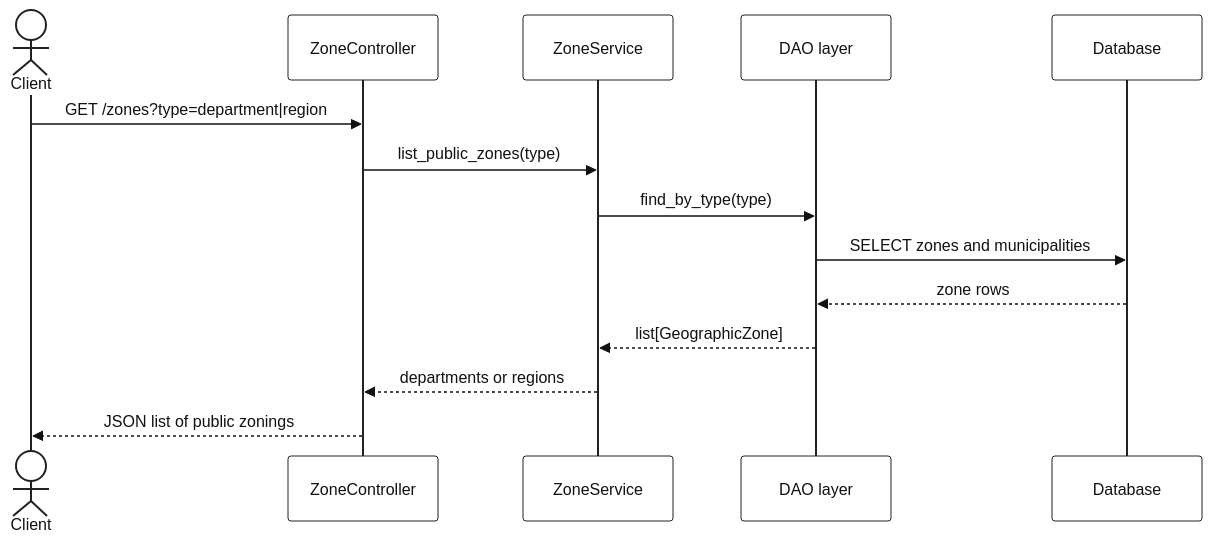
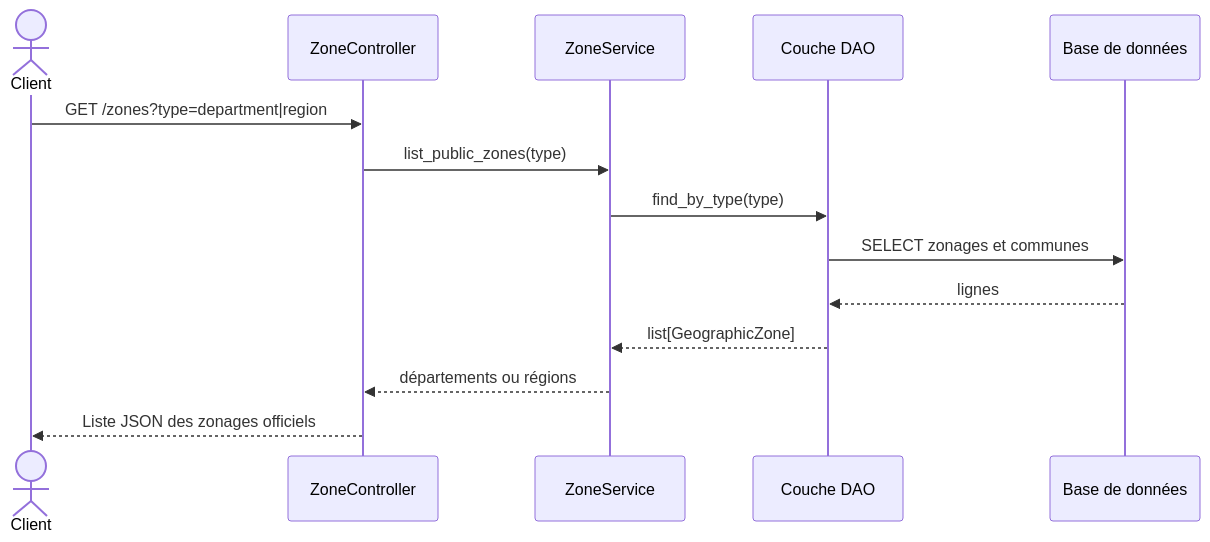
The third of 8 diagrams in doc/sequence_diagram.md (gabriel-dahan/ensai-it-project-2a-team12), drawn with Mermaid before and after one commit. The commit also changed other lines of this file and 29 other files, not shown here.

Commit message:
New diagrams & reporr

````diff
--- a/doc/sequence_diagram.md
+++ b/doc/sequence_diagram.md
@@ -152,51 +94,17 @@
 ```mermaid
-%%{
-  init: {
-    "theme": "base",
-    "themeVariables": {
-      "background": "#ffffff",
-      "mainBkg": "#ffffff",
-      "textColor": "#111111",
-      "primaryColor": "#ffffff",
-      "primaryTextColor": "#111111",
-      "primaryBorderColor": "#222222",
-      "secondaryColor": "#f3f4f6",
-      "tertiaryColor": "#ffffff",
-      "lineColor": "#222222",
-      "actorBkg": "#ffffff",
-      "actorBorder": "#222222",
-      "actorTextColor": "#111111",
-      "actorLineColor": "#222222",
-      "signalColor": "#111111",
-      "signalTextColor": "#111111",
-      "labelBoxBkgColor": "#ffffff",
-      "labelBoxBorderColor": "#222222",
-      "labelTextColor": "#111111",
-      "loopTextColor": "#111111",
-      "noteBkgColor": "#fff3cd",
-      "noteTextColor": "#111111",
-      "noteBorderColor": "#222222",
-      "activationBkgColor": "#e5e7eb",
-      "activationBorderColor": "#222222",
-      "sequenceNumberColor": "#ffffff",
-      "fontFamily": "arial",
-      "fontSize": "16px"
-    }
-  }
-}%%
 sequenceDiagram
     actor Client
     participant Controller as ZoneController
     participant Service as ZoneService
-    participant DAO as DAO layer
-    participant DB as Database
+    participant DAO as Couche DAO
+    participant DB as Base de données
 
     Client->>Controller: GET /zones?type=department|region
     Controller->>Service: list_public_zones(type)
     Service->>DAO: find_by_type(type)
-    DAO->>DB: SELECT zones and municipalities
-    DB-->>DAO: zone rows
+    DAO->>DB: SELECT zonages et communes
+    DB-->>DAO: lignes
     DAO-->>Service: list[GeographicZone]
-    Service-->>Controller: departments or regions
-    Controller-->>Client: JSON list of public zonings
+    Service-->>Controller: départements ou régions
+    Controller-->>Client: Liste JSON des zonages officiels
 ```
````
